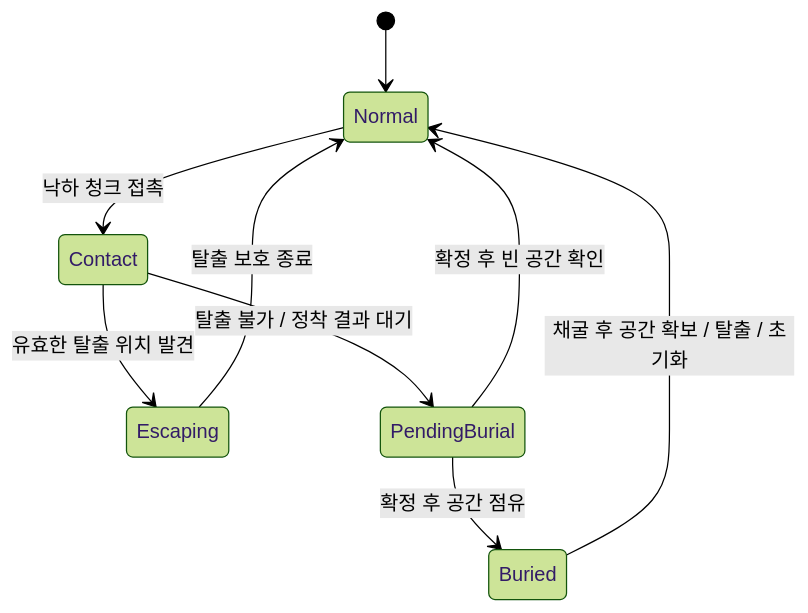
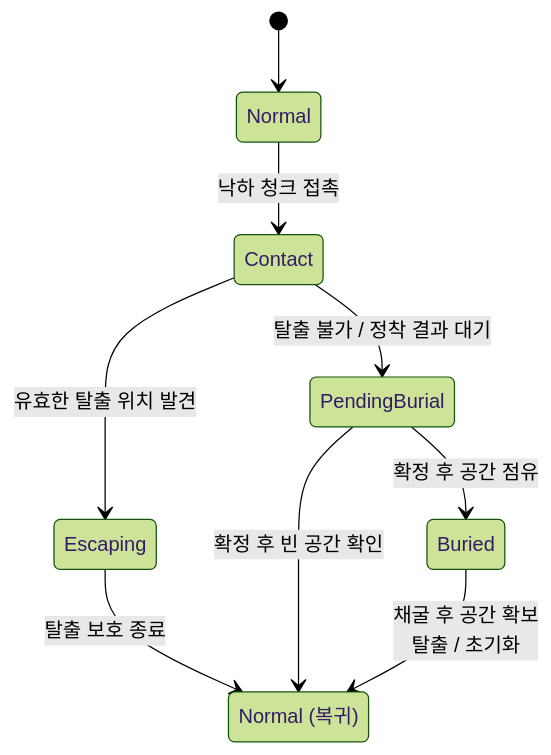
The fifth of 7 diagrams in src/3-Folk-Sack/TechDoc_FolkSack.md (keeeery/portfolio), drawn with Mermaid (forest theme) before and after one commit. The commit also changed other lines of this file and 11 other files, not shown here.

Commit message:
기술 문서 다이어그램 정리: 세로 배치·복귀 상태 분리, Folk Sack 구조도 지형 연결 맞추기, 주요 패키지 바로잡기

````diff
--- a/src/3-Folk-Sack/TechDoc_FolkSack.md
+++ b/src/3-Folk-Sack/TechDoc_FolkSack.md
@@ -537,11 +546,13 @@
 ```mermaid
 stateDiagram-v2
+    direction TB
+    state "Normal (복귀)" as NormalReturn
     [*] --> Normal
     Normal --> Contact: 낙하 청크 접촉
     Contact --> Escaping: 유효한 탈출 위치 발견
     Contact --> PendingBurial: 탈출 불가 / 정착 결과 대기
-    Escaping --> Normal: 탈출 보호 종료
-    PendingBurial --> Normal: 확정 후 빈 공간 확인
+    Escaping --> NormalReturn: 탈출 보호 종료
+    PendingBurial --> NormalReturn: 확정 후 빈 공간 확인
     PendingBurial --> Buried: 확정 후 공간 점유
-    Buried --> Normal: 채굴 후 공간 확보 / 탈출 / 초기화
+    Buried --> NormalReturn: 채굴 후 공간 확보<br/>탈출 / 초기화
 ```
````
